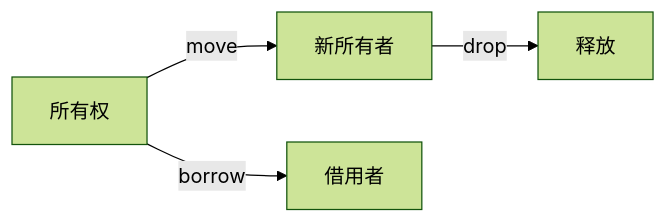
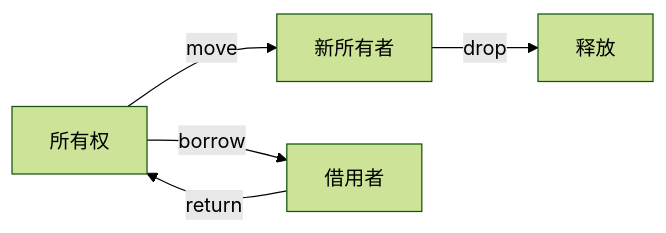
One commit to martin-ly/rust-lang changed the fourth of 5 diagrams in formal_rust/refactor/01_core_theory/01_language_foundations/01_rust_philosophy.md. Above: the diagram before and after it, drawn with Mermaid (forest theme). The commit also changed other lines of this file and 6 other files, not shown here.

````diff
--- a/formal_rust/refactor/01_core_theory/01_language_foundations/01_rust_philosophy.md
+++ b/formal_rust/refactor/01_core_theory/01_language_foundations/01_rust_philosophy.md
@@ -177,6 +337,7 @@
-  ```mermaid
-  graph LR
+```mermaid
+graph LR
     A[所有权] -- move --> B[新所有者]
     A -- borrow --> C[借用者]
     B -- drop --> D[释放]
-  ```
+    C -- return --> A
+```
````
